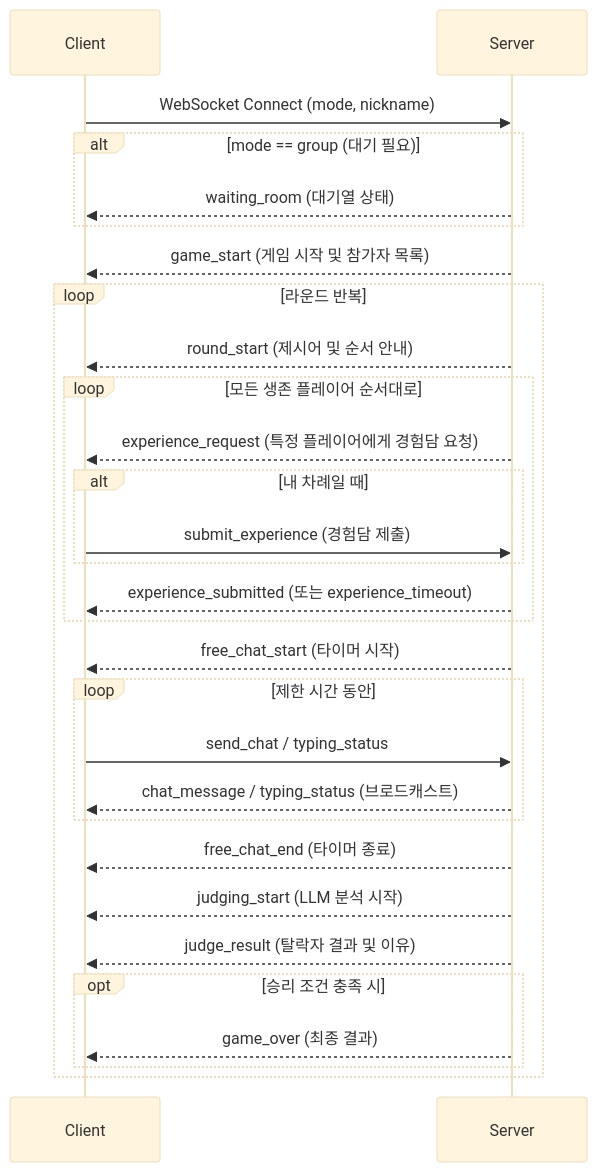
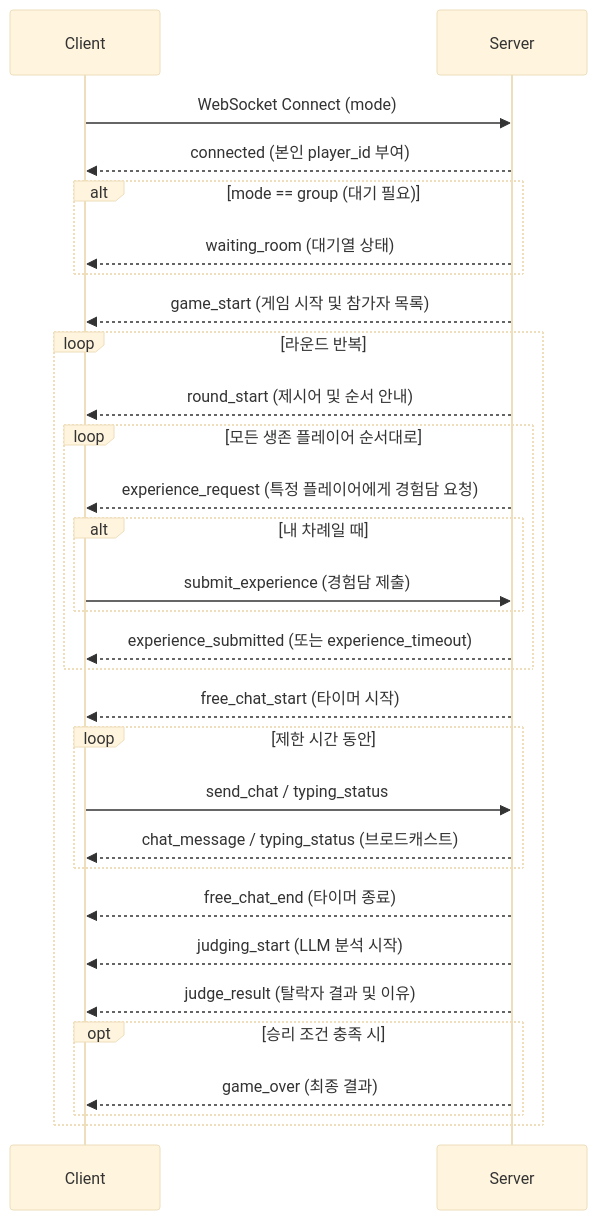
Before and after one commit to WaltDev29/AI-Mafia: the diagram in websocket_api_docs.md, drawn with Mermaid (base theme). The commit also changed other lines of this file, not shown here.

````diff
--- a/websocket_api_docs.md
+++ b/websocket_api_docs.md
@@ -15,45 +14,46 @@
 ```mermaid
 sequenceDiagram
     participant C as Client
     participant S as Server
     
     %% 연결 및 대기
-    C->>S: WebSocket Connect (mode, nickname)
+    C->>S: WebSocket Connect (mode)
+    S-->>C: connected (본인 player_id 부여)
     alt mode == group (대기 필요)
         S-->>C: waiting_room (대기열 상태)
     end
     
     %% 게임 시작
     S-->>C: game_start (게임 시작 및 참가자 목록)
     
     loop 라운드 반복
         %% 라운드 시작
         S-->>C: round_start (제시어 및 순서 안내)
         
         %% 경험 공유 단계
         loop 모든 생존 플레이어 순서대로
             S-->>C: experience_request (특정 플레이어에게 경험담 요청)
             alt 내 차례일 때
                 C->>S: submit_experience (경험담 제출)
             end
             S-->>C: experience_submitted (또는 experience_timeout)
         end
         
         %% 자유 대화 단계
         S-->>C: free_chat_start (타이머 시작)
         loop 제한 시간 동안
             C->>S: send_chat / typing_status
             S-->>C: chat_message / typing_status (브로드캐스트)
         end
         S-->>C: free_chat_end (타이머 종료)
         
         %% 판정 단계
         S-->>C: judging_start (LLM 분석 시작)
         S-->>C: judge_result (탈락자 결과 및 이유)
         
         %% 게임 종료 체크
         opt 승리 조건 충족 시
             S-->>C: game_over (최종 결과)
         end
     end
 ```
````
